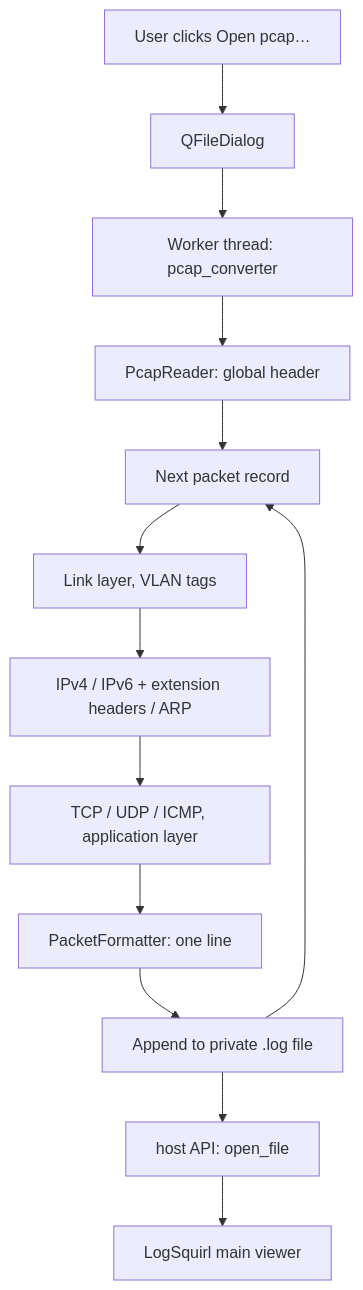
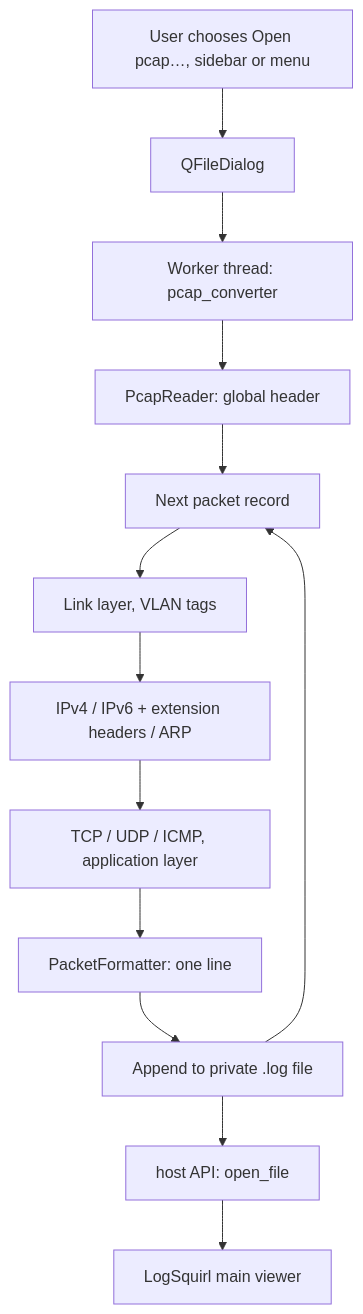
Before and after one commit to 64x-lunicorn/LogSquirl-tcpdump: the diagram in README.md, drawn with Mermaid. The commit also changed other lines of this file and 8 other files, not shown here.

First line of the commit message:
Put Open pcap… into the Plugins menu

````diff
--- a/README.md
+++ b/README.md
@@ -146,15 +149,15 @@
 ```mermaid
 graph TD
-    A[User clicks Open pcap…] --> B[QFileDialog]
+    A[User chooses Open pcap…, sidebar or menu] --> B[QFileDialog]
     B --> C[Worker thread: pcap_converter]
     C --> D[PcapReader: global header]
     D --> E[Next packet record]
     E --> F[Link layer, VLAN tags]
     F --> G[IPv4 / IPv6 + extension headers / ARP]
     G --> H[TCP / UDP / ICMP, application layer]
     H --> I[PacketFormatter: one line]
     I --> J[Append to private .log file]
     J --> E
     J --> K[host API: open_file]
     K --> L[LogSquirl main viewer]
 ```
````
